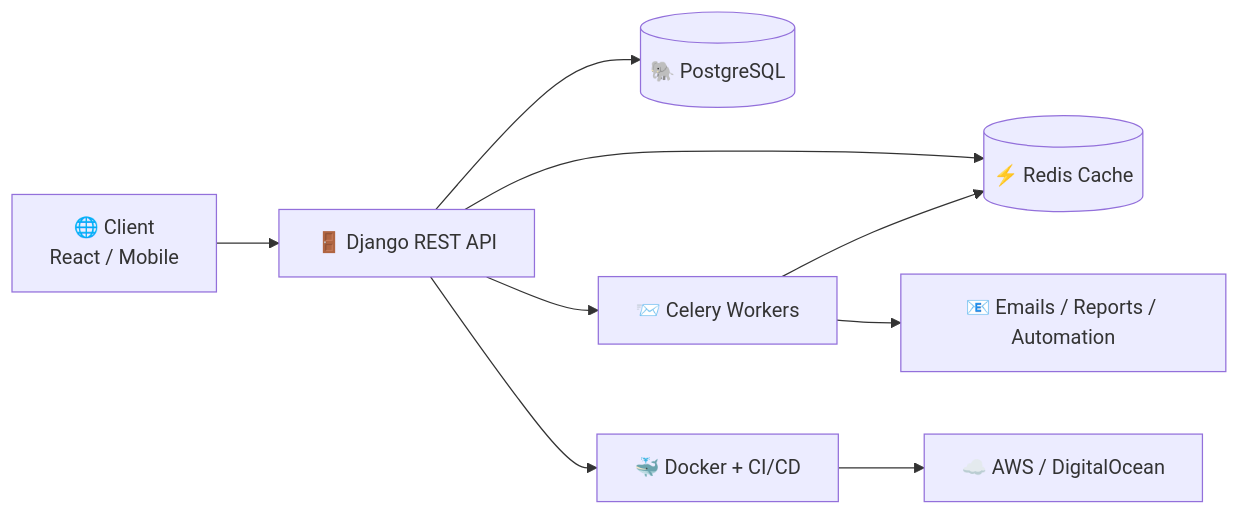
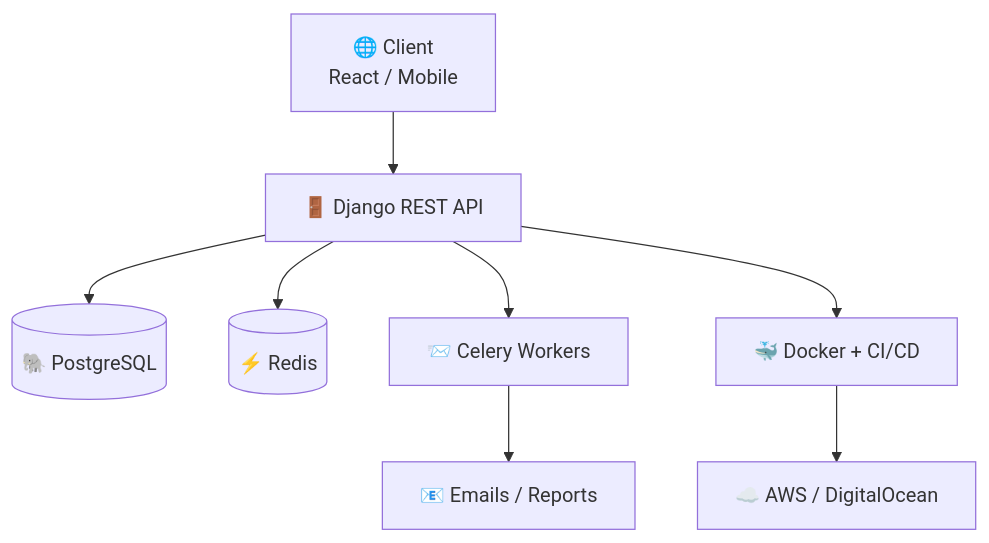
Before and after one commit to MuhammadNouman769/MuhammadNouman769: the diagram in README.md, drawn with Mermaid. The commit also changed other lines of this file, not shown here.

````diff
--- a/README.md
+++ b/README.md
@@ -170,10 +162,10 @@
 ```mermaid
-flowchart LR
+flowchart TD
     A[🌐 Client<br/>React / Mobile] --> B[🚪 Django REST API]
     B --> C[(🐘 PostgreSQL)]
-    B --> D[(⚡ Redis Cache)]
+    B --> D[(⚡ Redis)]
     B --> E[📨 Celery Workers]
-    E --> D
-    E --> F[📧 Emails / Reports / Automation]
-    B --> G[🐳 Docker + CI/CD] --> H[☁️ AWS / DigitalOcean]
+    E --> F[📧 Emails / Reports]
+    B --> G[🐳 Docker + CI/CD]
+    G --> H[☁️ AWS / DigitalOcean]
 ```
````
